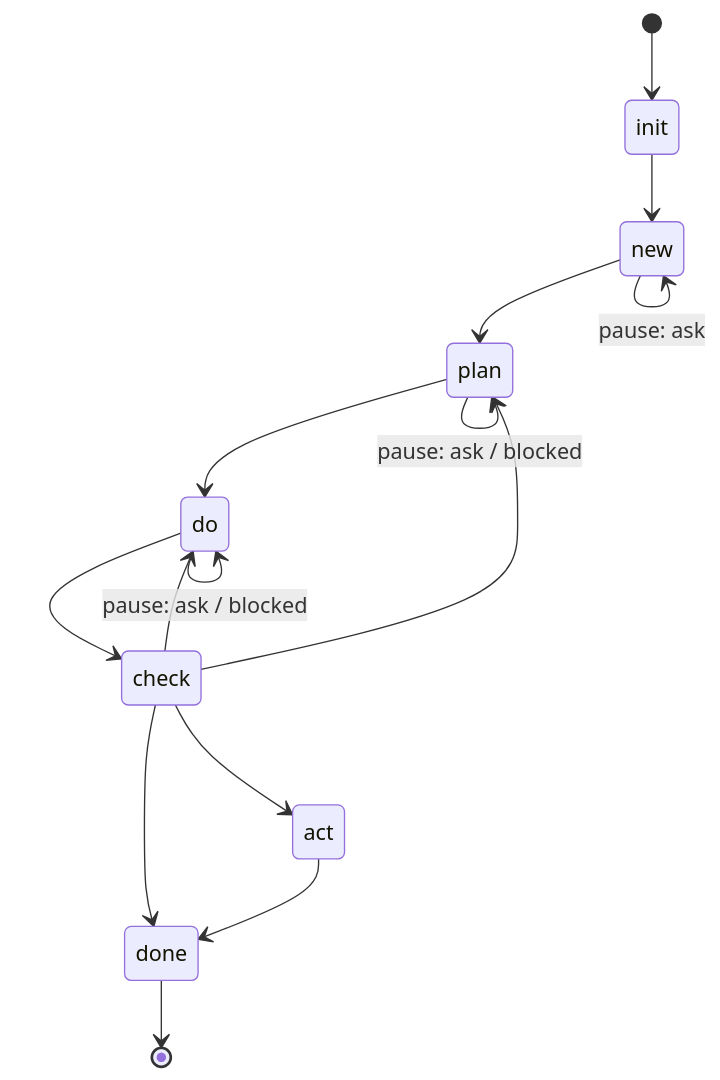
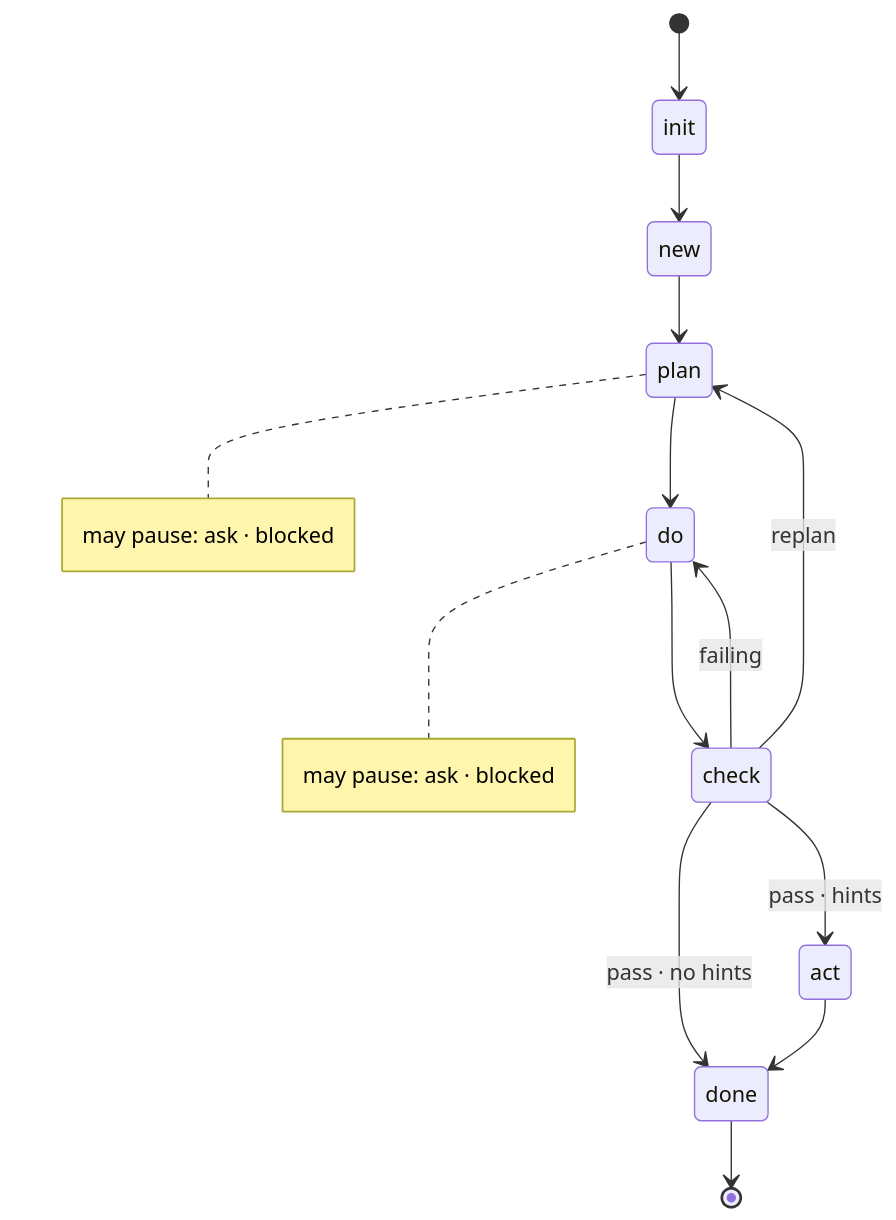
The diagram in README.md (fmind/agent-levers), drawn with Mermaid before and after one commit.

Commit message:
docs: redraw state diagram — pause as notes, label check branches
- Drop the three pause self-loops; show pause as a sub-state attribute
  via notes on plan and do (matches the prose: pause never lives at new).
- Label the four check transitions (done / act / do / plan) so the
  routing rules are readable from the diagram alone.

````diff
--- a/README.md
+++ b/README.md
@@ -162,20 +162,24 @@
 ```mermaid
 stateDiagram-v2
     [*] --> init
-
     init --> new
     new --> plan
+
     plan --> do
     do --> check
-    check --> done
-    check --> act
-    check --> do
-    check --> plan
+
+    check --> done: pass · no hints
+    check --> act: pass · hints
+    check --> do: failing
+    check --> plan: replan
+
     act --> done
+    done --> [*]
 
-    plan --> plan: pause: ask / blocked
-    do --> do: pause: ask / blocked
-    new --> new: pause: ask
-
-    done --> [*]
+    note right of plan
+      may pause: ask · blocked
+    end note
+    note right of do
+      may pause: ask · blocked
+    end note
 ```
````
